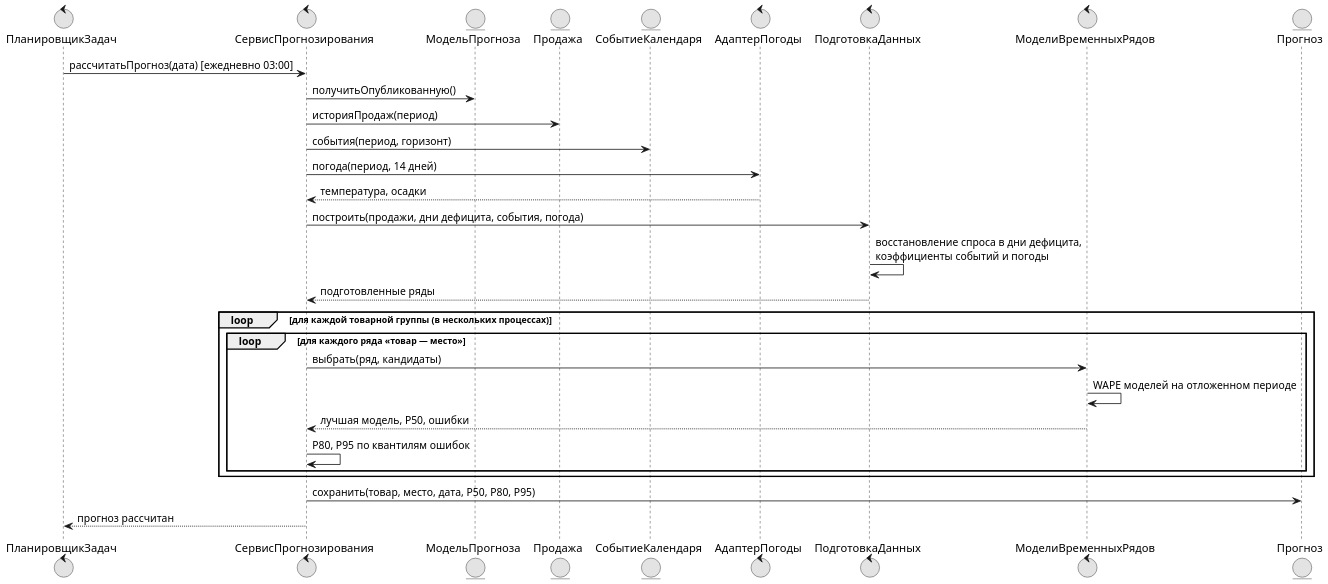
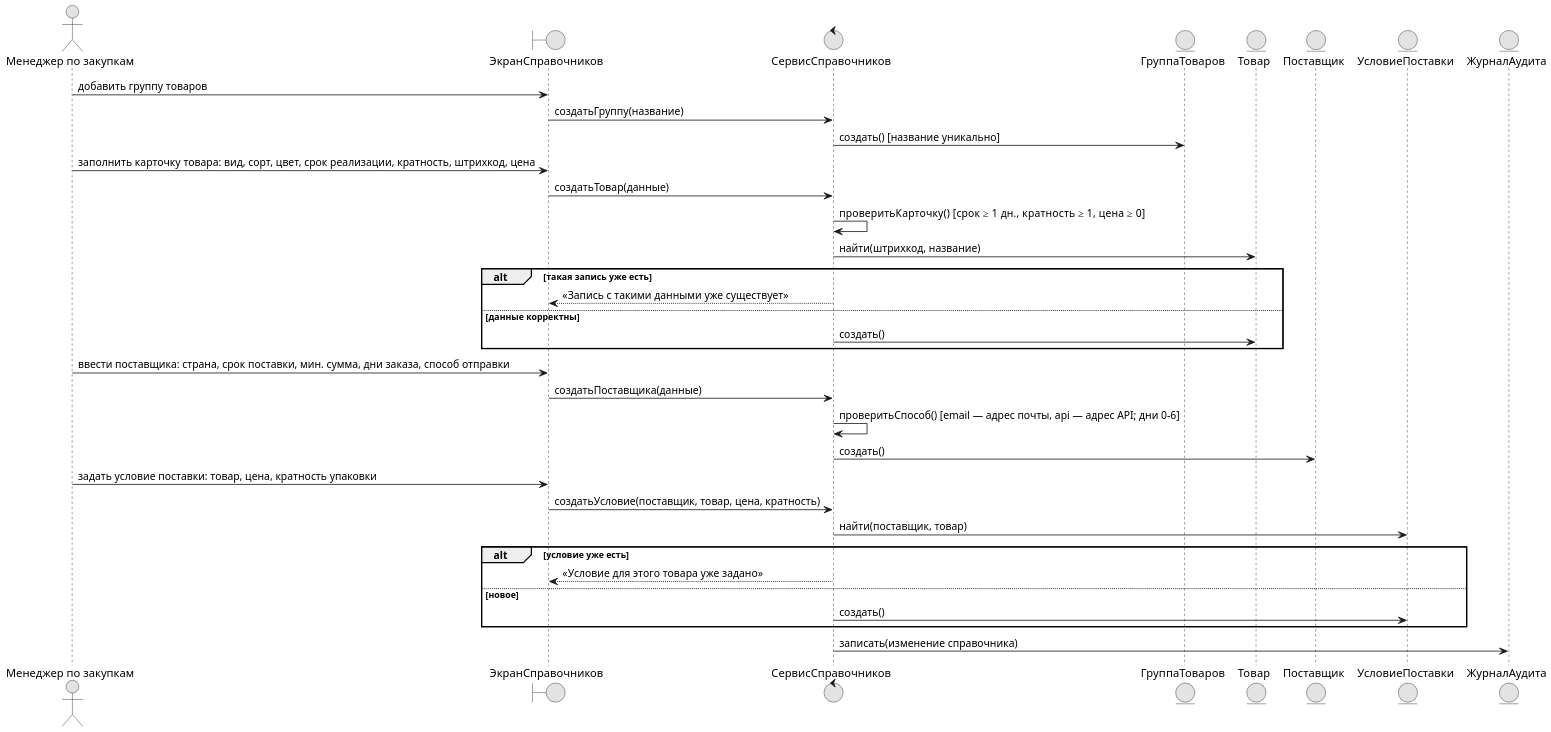
Before and after one commit to DarkSwordman999/flower-demand-planning: the diagram in diagrams/uml_seq_1.puml, drawn with PlantUML. The commit also changed 69 other files, not shown here.

Commit message:
ПР 7-8 пересобран: диаграммы взаимодействия по всем вариантам использования, классы, состояния, компоненты и развёртывание

```diff
--- a/diagrams/uml_seq_1.puml
+++ b/diagrams/uml_seq_1.puml
@@ -1,35 +1,40 @@
 @startuml
 !pragma layout smetana
 skinparam dpi 150
 skinparam defaultFontName Arial
 skinparam shadowing false
 skinparam monochrome true
-control "ПланировщикЗадач" as SCH
-control "СервисПрогнозирования" as S
-entity "МодельПрогноза" as M
-entity "Продажа" as PR
-entity "СобытиеКалендаря" as EV
-control "АдаптерПогоды" as W
-control "ПодготовкаДанных" as FB
-control "МоделиВременныхРядов" as TS
-entity "Прогноз" as F
-SCH -> S : рассчитатьПрогноз(дата) [ежедневно 03:00]
-S -> M : получитьОпубликованную()
-S -> PR : историяПродаж(период)
-S -> EV : события(период, горизонт)
-S -> W : погода(период, 14 дней)
-W --> S : температура, осадки
-S -> FB : построить(продажи, дни дефицита, события, погода)
-FB -> FB : восстановление спроса в дни дефицита,\nкоэффициенты событий и погоды
-FB --> S : подготовленные ряды
-loop для каждой товарной группы (в нескольких процессах)
-  loop для каждого ряда «товар — место»
-    S -> TS : выбрать(ряд, кандидаты)
-    TS -> TS : WAPE моделей на отложенном периоде
-    TS --> S : лучшая модель, P50, ошибки
-    S -> S : P80, P95 по квантилям ошибок
-  end
+actor "Менеджер по закупкам" as MZ
+boundary "ЭкранСправочников" as UI
+control "СервисСправочников" as S
+entity "ГруппаТоваров" as G
+entity "Товар" as T
+entity "Поставщик" as SP
+entity "УсловиеПоставки" as U
+entity "ЖурналАудита" as AU
+MZ -> UI : добавить группу товаров
+UI -> S : создатьГруппу(название)
+S -> G : создать() [название уникально]
+MZ -> UI : заполнить карточку товара: вид, сорт, цвет, срок реализации, кратность, штрихкод, цена
+UI -> S : создатьТовар(данные)
+S -> S : проверитьКарточку() [срок ≥ 1 дн., кратность ≥ 1, цена ≥ 0]
+S -> T : найти(штрихкод, название)
+alt такая запись уже есть
+  S --> UI : «Запись с такими данными уже существует»
+else данные корректны
+  S -> T : создать()
 end
-S -> F : сохранить(товар, место, дата, P50, P80, P95)
-S --> SCH : прогноз рассчитан
+MZ -> UI : ввести поставщика: страна, срок поставки, мин. сумма, дни заказа, способ отправки
+UI -> S : создатьПоставщика(данные)
+S -> S : проверитьСпособ() [email — адрес почты, api — адрес API; дни 0–6]
+S -> SP : создать()
+MZ -> UI : задать условие поставки: товар, цена, кратность упаковки
+UI -> S : создатьУсловие(поставщик, товар, цена, кратность)
+S -> U : найти(поставщик, товар)
+alt условие уже есть
+  S --> UI : «Условие для этого товара уже задано»
+else новое
+  S -> U : создать()
+end
+S -> AU : записать(изменение справочника)
 @enduml
```
